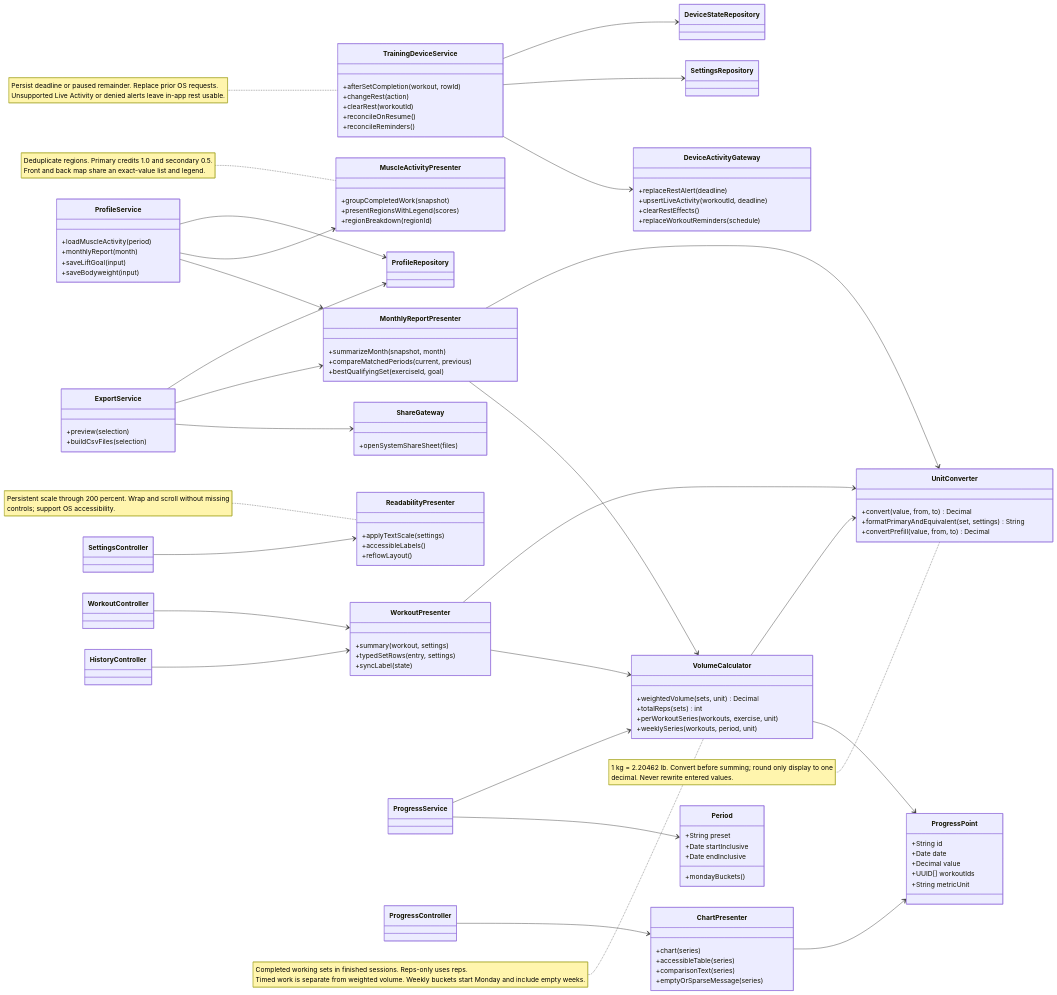
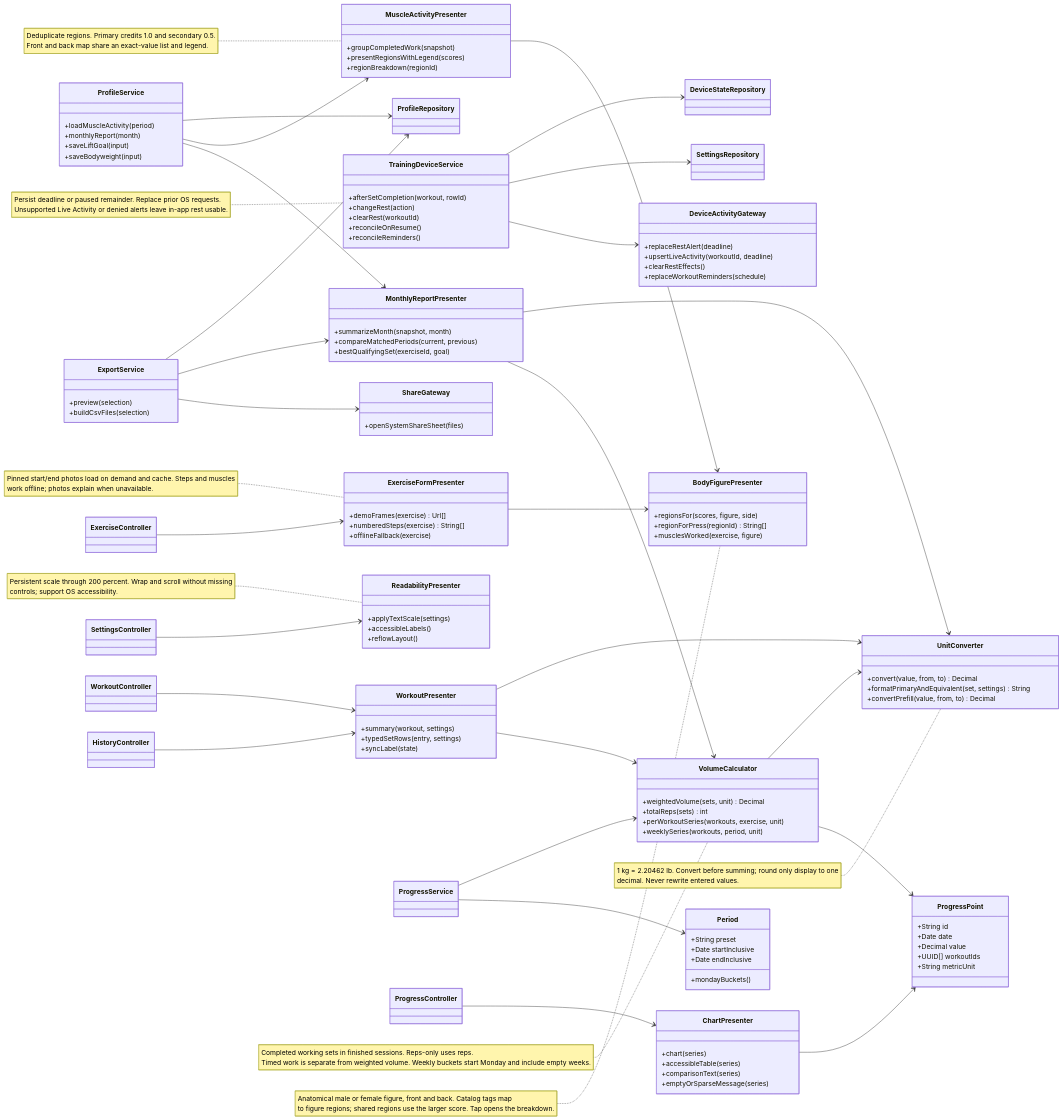
The diagram in docs/part2/design/diagrams/classes/04-presentation.mmd (SebasLopez2005/SWEProject1), drawn with Mermaid before and after one commit. The commit also changed 9 other files, not shown here.

First line of the commit message:
Design: Claude round 2 requirements and diagram updates

```diff
--- a/docs/part2/design/diagrams/classes/04-presentation.mmd
+++ b/docs/part2/design/diagrams/classes/04-presentation.mmd
@@ -1,105 +1,120 @@
 classDiagram
     direction LR
     class UnitConverter {
       +convert(value, from, to) Decimal
       +formatPrimaryAndEquivalent(set, settings) String
       +convertPrefill(value, from, to) Decimal
     }
     class VolumeCalculator {
       +weightedVolume(sets, unit) Decimal
       +totalReps(sets) int
       +perWorkoutSeries(workouts, exercise, unit)
       +weeklySeries(workouts, period, unit)
     }
     class Period {
       +String preset
       +Date startInclusive
       +Date endInclusive
       +mondayBuckets()
     }
     class ProgressPoint {
       +String id
       +Date date
       +Decimal value
       +UUID[] workoutIds
       +String metricUnit
     }
     class WorkoutPresenter {
       +summary(workout, settings)
       +typedSetRows(entry, settings)
       +syncLabel(state)
     }
     class ChartPresenter {
       +chart(series)
       +accessibleTable(series)
       +comparisonText(series)
       +emptyOrSparseMessage(series)
     }
     class ProfileService {
       +loadMuscleActivity(period)
       +monthlyReport(month)
       +saveLiftGoal(input)
       +saveBodyweight(input)
     }
     class MuscleActivityPresenter {
       +groupCompletedWork(snapshot)
       +presentRegionsWithLegend(scores)
       +regionBreakdown(regionId)
     }
     class MonthlyReportPresenter {
       +summarizeMonth(snapshot, month)
       +compareMatchedPeriods(current, previous)
       +bestQualifyingSet(exerciseId, goal)
     }
     class ExportService {
       +preview(selection)
       +buildCsvFiles(selection)
     }
     class ShareGateway {
       +openSystemShareSheet(files)
     }
     class TrainingDeviceService {
       +afterSetCompletion(workout, rowId)
       +changeRest(action)
       +clearRest(workoutId)
       +reconcileOnResume()
       +reconcileReminders()
     }
     class DeviceActivityGateway {
       +replaceRestAlert(deadline)
       +upsertLiveActivity(workoutId, deadline)
       +clearRestEffects()
       +replaceWorkoutReminders(schedule)
     }
+    class BodyFigurePresenter {
+      +regionsFor(scores, figure, side)
+      +regionForPress(regionId) String[]
+      +musclesWorked(exercise, figure)
+    }
+    class ExerciseFormPresenter {
+      +demoFrames(exercise) Url[]
+      +numberedSteps(exercise) String[]
+      +offlineFallback(exercise)
+    }
     class ReadabilityPresenter {
       +applyTextScale(settings)
       +accessibleLabels()
       +reflowLayout()
     }
     ProfileService --> ProfileRepository
     ProfileService --> MuscleActivityPresenter
+    MuscleActivityPresenter --> BodyFigurePresenter
+    ExerciseController --> ExerciseFormPresenter
+    ExerciseFormPresenter --> BodyFigurePresenter
     ProfileService --> MonthlyReportPresenter
     MonthlyReportPresenter --> UnitConverter
     MonthlyReportPresenter --> VolumeCalculator
     ExportService --> ProfileRepository
     ExportService --> MonthlyReportPresenter
     ExportService --> ShareGateway
     TrainingDeviceService --> DeviceStateRepository
     TrainingDeviceService --> SettingsRepository
     TrainingDeviceService --> DeviceActivityGateway
     ProgressService --> VolumeCalculator
     ProgressService --> Period
     VolumeCalculator --> UnitConverter
     VolumeCalculator --> ProgressPoint
     ChartPresenter --> ProgressPoint
     WorkoutPresenter --> UnitConverter
     WorkoutPresenter --> VolumeCalculator
     WorkoutController --> WorkoutPresenter
     HistoryController --> WorkoutPresenter
     ProgressController --> ChartPresenter
     SettingsController --> ReadabilityPresenter
     note for UnitConverter "1 kg = 2.20462 lb. Convert before summing; round only display to one<br/>decimal. Never rewrite entered values."
     note for VolumeCalculator "Completed working sets in finished sessions. Reps-only uses reps.<br/>Timed work is separate from weighted volume. Weekly buckets start Monday and include empty weeks."
     note for MuscleActivityPresenter "Deduplicate regions. Primary credits 1.0 and secondary 0.5.<br/>Front and back map share an exact-value list and legend."
     note for TrainingDeviceService "Persist deadline or paused remainder. Replace prior OS requests.<br/>Unsupported Live Activity or denied alerts leave in-app rest usable."
+    note for BodyFigurePresenter "Anatomical male or female figure, front and back. Catalog tags map<br/>to figure regions; shared regions use the larger score. Tap opens the breakdown."
+    note for ExerciseFormPresenter "Pinned start/end photos load on demand and cache. Steps and muscles<br/>work offline; photos explain when unavailable."
     note for ReadabilityPresenter "Persistent scale through 200 percent. Wrap and scroll without missing<br/>controls; support OS accessibility."
```
